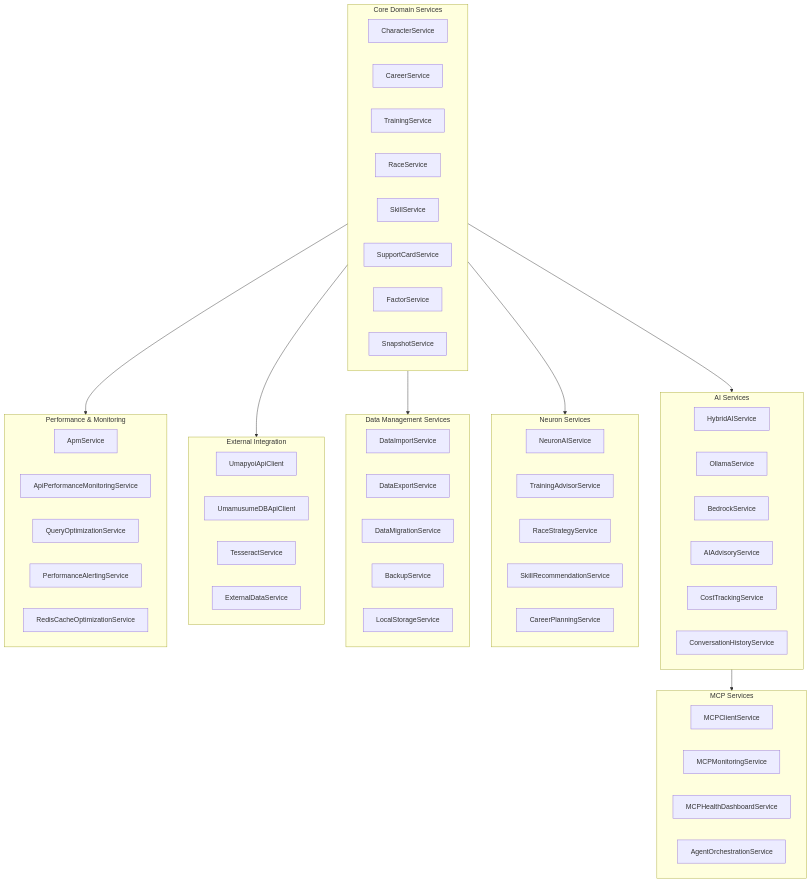
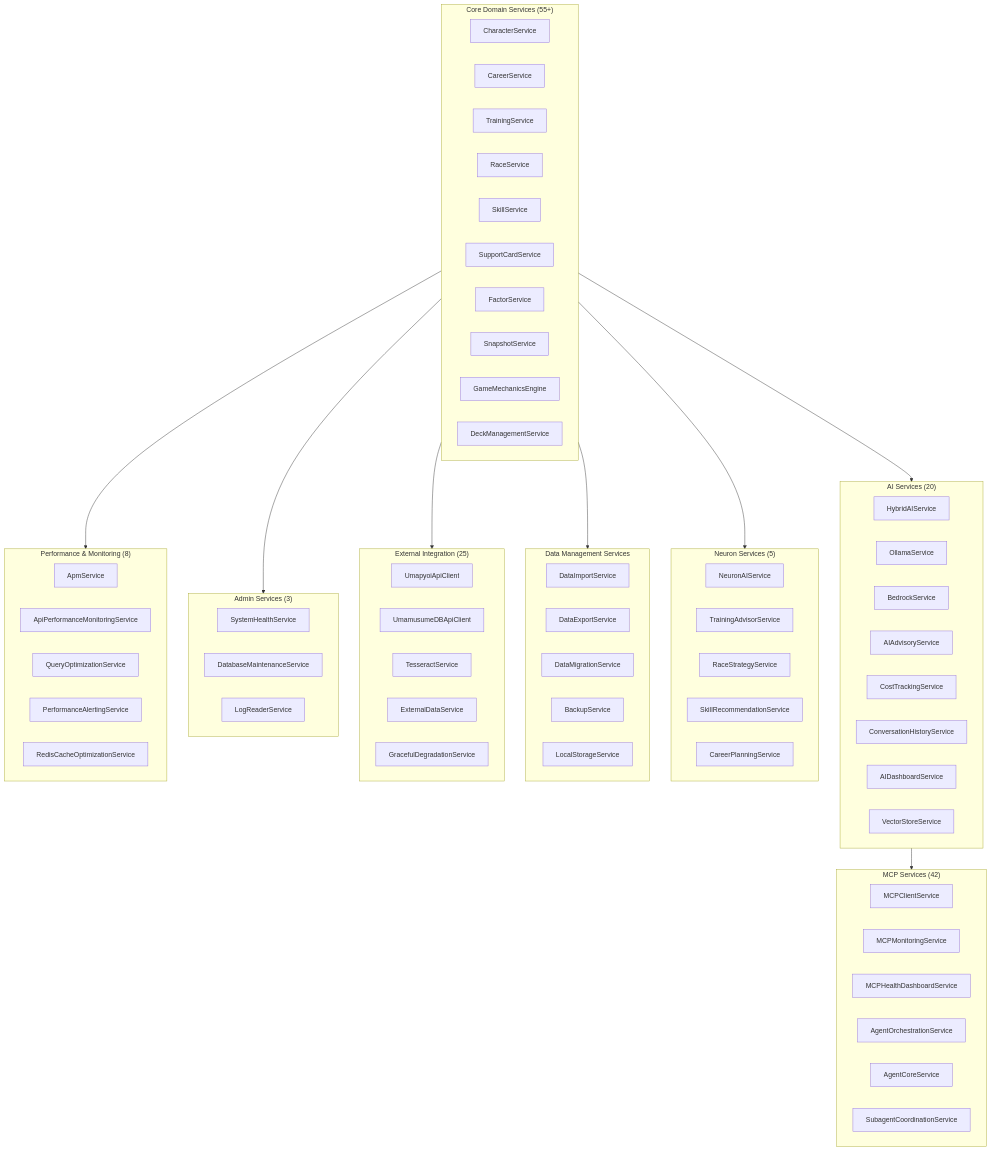
Before and after one commit to exatfrds67/umamusume-career-planner: the fifth of 12 diagrams in docs/00-core-docs/010_SCD_Source_Code_Documentation.md, drawn with Mermaid. The commit also changed other lines of this file and 111 other files, not shown here.

````diff
--- a/docs/00-core-docs/010_SCD_Source_Code_Documentation.md
+++ b/docs/00-core-docs/010_SCD_Source_Code_Documentation.md
@@ -306,67 +322,81 @@
 ```mermaid
 flowchart TD
-    subgraph CoreServices["Core Domain Services"]
+    subgraph CoreServices["Core Domain Services (55+)"]
         CharacterService["CharacterService"]
         CareerService["CareerService"]
         TrainingService["TrainingService"]
         RaceService["RaceService"]
         SkillService["SkillService"]
         SupportCardService["SupportCardService"]
         FactorService["FactorService"]
         SnapshotService["SnapshotService"]
+        GameMechanicsEngine["GameMechanicsEngine"]
+        DeckManagementService["DeckManagementService"]
     end
     
-    subgraph AIServices["AI Services"]
+    subgraph AIServices["AI Services (20)"]
         HybridAIService["HybridAIService"]
         OllamaService["OllamaService"]
         BedrockService["BedrockService"]
         AIAdvisoryService["AIAdvisoryService"]
         CostTrackingService["CostTrackingService"]
         ConversationHistoryService["ConversationHistoryService"]
+        AIDashboardService["AIDashboardService"]
+        VectorStoreService["VectorStoreService"]
     end
     
-    subgraph NeuronServices["Neuron Services"]
+    subgraph NeuronServices["Neuron Services (5)"]
         NeuronAIService["NeuronAIService"]
         TrainingAdvisorService["TrainingAdvisorService"]
         RaceStrategyService["RaceStrategyService"]
         SkillRecommendationService["SkillRecommendationService"]
         CareerPlanningService["CareerPlanningService"]
     end
     
-    subgraph MCPServices["MCP Services"]
+    subgraph MCPServices["MCP Services (42)"]
         MCPClientService["MCPClientService"]
         MCPMonitoringService["MCPMonitoringService"]
         MCPHealthDashboardService["MCPHealthDashboardService"]
         AgentOrchestrationService["AgentOrchestrationService"]
+        AgentCoreService["AgentCoreService"]
+        SubagentCoordinationService["SubagentCoordinationService"]
     end
     
     subgraph DataServices["Data Management Services"]
         DataImportService["DataImportService"]
         DataExportService["DataExportService"]
         DataMigrationService["DataMigrationService"]
         BackupService["BackupService"]
         LocalStorageService["LocalStorageService"]
     end
     
-    subgraph ExternalServices["External Integration"]
+    subgraph ExternalServices["External Integration (25)"]
         UmapyoiApiClient["UmapyoiApiClient"]
         UmamusumeDBApiClient["UmamusumeDBApiClient"]
         TesseractService["TesseractService"]
         ExternalDataService["ExternalDataService"]
+        GracefulDegradationService["GracefulDegradationService"]
     end
     
-    subgraph PerformanceServices["Performance & Monitoring"]
+    subgraph AdminServices["Admin Services (3)"]
+        SystemHealthService["SystemHealthService"]
+        DatabaseMaintenanceService["DatabaseMaintenanceService"]
+        LogReaderService["LogReaderService"]
+    end
+    
+    subgraph PerformanceServices["Performance & Monitoring (8)"]
         ApmService["ApmService"]
         ApiPerformanceMonitoringService["ApiPerformanceMonitoringService"]
         QueryOptimizationService["QueryOptimizationService"]
         PerformanceAlertingService["PerformanceAlertingService"]
         RedisCacheOptimizationService["RedisCacheOptimizationService"]
     end
     
     CoreServices --> AIServices
     CoreServices --> NeuronServices
     AIServices --> MCPServices
     CoreServices --> DataServices
     CoreServices --> ExternalServices
     CoreServices --> PerformanceServices
+    CoreServices --> AdminServices
 ```
````
